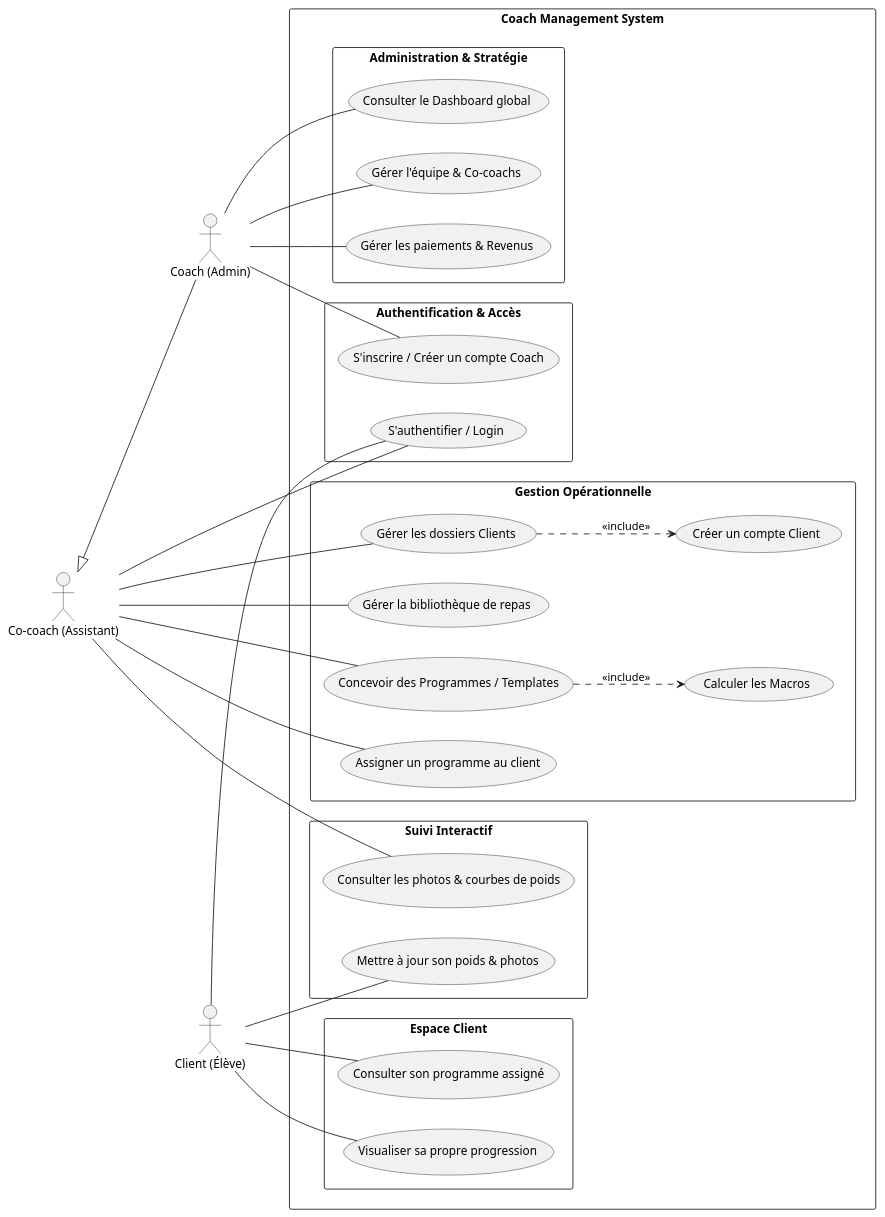
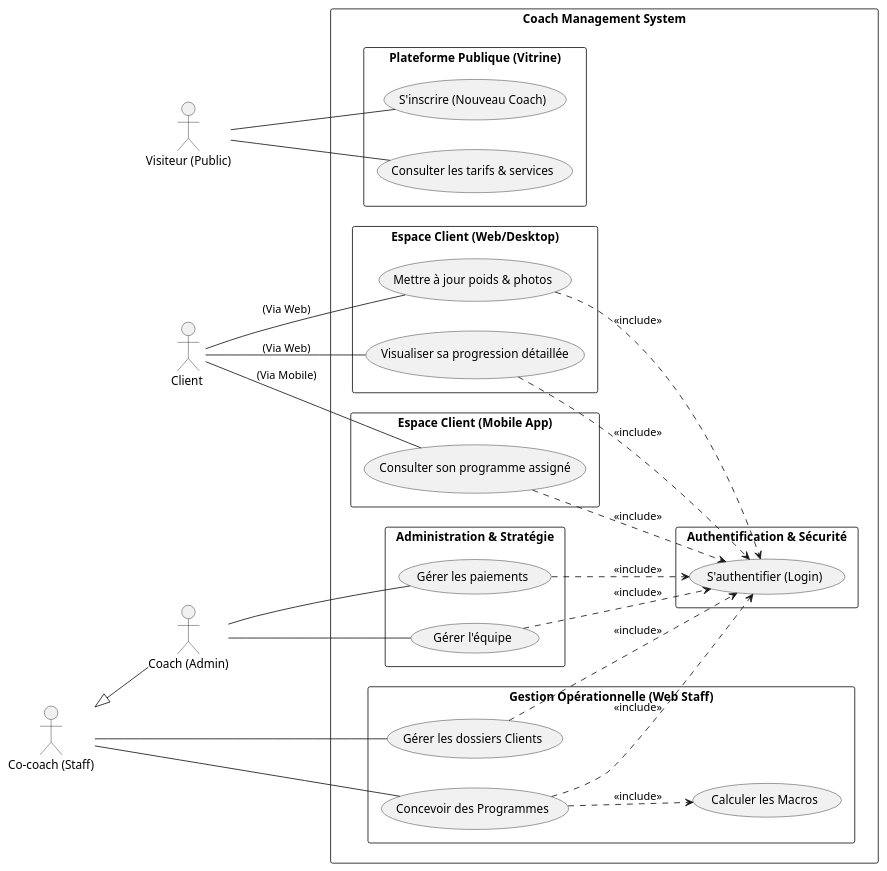
One commit to BenTaleb-Mehdi/Project-PFE changed the diagram in Analyse/usecase-diagramme/global-use-case.plantuml. Above: the diagram before and after it, drawn with PlantUML.

Commit message:
docs: Add initial global use case diagram for the Coach Management System.

```diff
--- a/Analyse/usecase-diagramme/global-use-case.plantuml
+++ b/Analyse/usecase-diagramme/global-use-case.plantuml
@@ -1,49 +1,75 @@
 @startuml
 left to right direction
 skinparam packageStyle rectangle
 skinparam shadowing false
 
+' Actors
+actor "Visiteur (Public)" as Visitor
+actor "Client " as Client
+actor "Co-coach (Staff)" as Staff
 actor "Coach (Admin)" as Admin
-actor "Co-coach (Assistant)" as Staff
-actor "Client (Élève)" as Client
 
-' Inheritance: Admin can do everything Staff can do
+' Hierarchy
 Staff <|-- Admin
 
 rectangle "Coach Management System" {
   
-  package "Authentification & Accès" {
-    (S'inscrire / Créer un compte Coach) as SignupCoach
-    (S'authentifier / Login) as Login
+  package "Plateforme Publique (Vitrine)" {
+    usecase "Consulter les tarifs & services" as ViewPublic
+    usecase "S'inscrire (Nouveau Coach)" as Signup
+  }
+
+  package "Authentification & Sécurité" {
+    usecase "S'authentifier (Login)" as Login
+  }
+
+  package "Espace Client (Web/Desktop)" {
+    usecase "Mettre à jour poids & photos" as UpdateStats
+    usecase "Visualiser sa progression détaillée" as ViewProgress
     
-    Admin -- SignupCoach
-    Staff -- Login
-    Client -- Login
+    UpdateStats ..> Login : <<include>>
+    ViewProgress ..> Login : <<include>>
+  }
+
+  package "Espace Client (Mobile App)" {
+    usecase "Consulter son programme assigné" as ViewProg
+    
+    ViewProg ..> Login : <<include>>
+  }
+
+  package "Gestion Opérationnelle (Web Staff)" {
+    usecase "Gérer les dossiers Clients" as ManageClients
+    usecase "Concevoir des Programmes" as DesignProgs
+    usecase "Calculer les Macros" as CalcMacros
+    
+    ManageClients ..> Login : <<include>>
+    DesignProgs ..> Login : <<include>>
+    DesignProgs ..> CalcMacros : <<include>>
   }
 
   package "Administration & Stratégie" {
-    Admin -- (Gérer l'équipe & Co-coachs)
-    Admin -- (Gérer les paiements & Revenus)
-    Admin -- (Consulter le Dashboard global)
-  }
-  
-  package "Gestion Opérationnelle" {
-    Staff -- (Gérer les dossiers Clients)
-    (Gérer les dossiers Clients) ..> (Créer un compte Client) : <<include>>
-    Staff -- (Gérer la bibliothèque de repas)
-    Staff -- (Concevoir des Programmes / Templates)
-    (Concevoir des Programmes / Templates) ..> (Calculer les Macros) : <<include>>
-    Staff -- (Assigner un programme au client)
-  }
-
-  package "Suivi Interactif" {
-    Staff -- (Consulter les photos & courbes de poids)
-    Client -- (Mettre à jour son poids & photos)
-  }
-
-  package "Espace Client" {
-    Client -- (Consulter son programme assigné)
-    Client -- (Visualiser sa propre progression)
+    usecase "Gérer l'équipe" as ManageStaff
+    usecase "Gérer les paiements" as ManageMoney
+    
+    ManageStaff ..> Login : <<include>>
+    ManageMoney ..> Login : <<include>>
   }
 }
+
+' Connections
+Visitor -- ViewPublic
+Visitor -- Signup
+
+' Client access split by platform
+Client -- ViewProg : "(Via Mobile)"
+Client -- UpdateStats : "(Via Web)"
+Client -- ViewProgress : "(Via Web)"
+
+' Staff & Admin
+Staff -- ManageClients
+Staff -- DesignProgs
+
+Admin -- ManageStaff
+Admin -- ManageMoney
+
 @enduml
```
